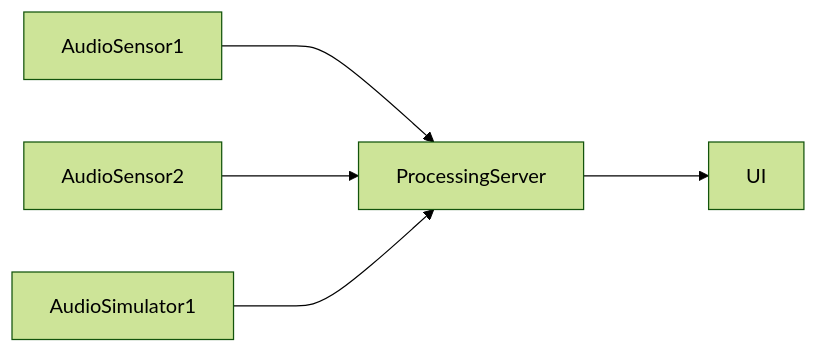
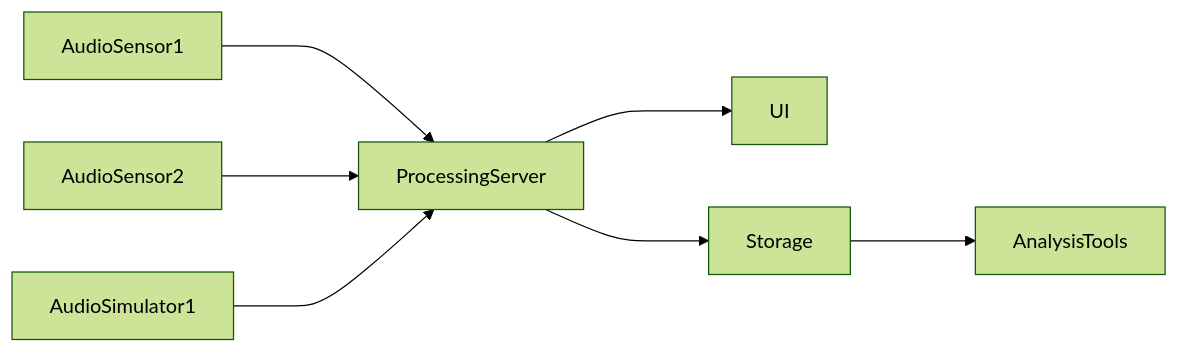
One commit to Sense-Scape/.github changed the first of 2 diagrams in profile/README.md. Above: the diagram before and after it, drawn with Mermaid (forest theme).

````diff
--- a/profile/README.md
+++ b/profile/README.md
@@ -28,8 +28,10 @@
 ``` mermaid
 graph LR; 
 
 AudioSensor1 ---> ProcessingServer
 AudioSensor2 ---> ProcessingServer
 AudioSimulator1 ---> ProcessingServer
 ProcessingServer ---> UI
+ProcessingServer ---> Storage
+Storage ---> AnalysisTools
 ```
````
